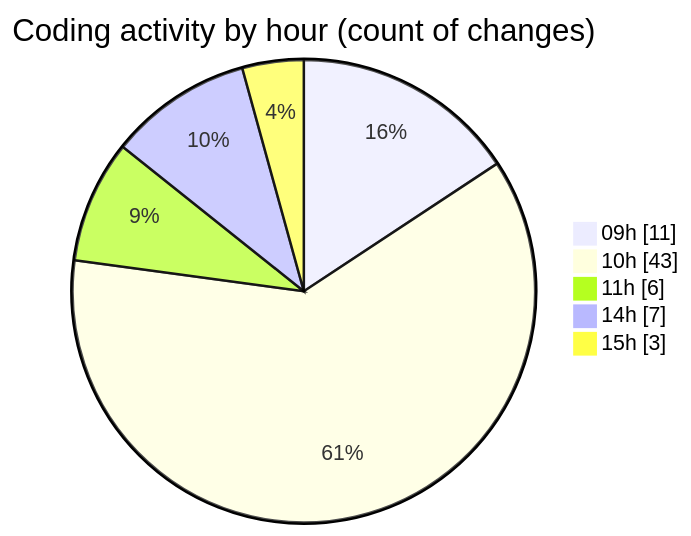
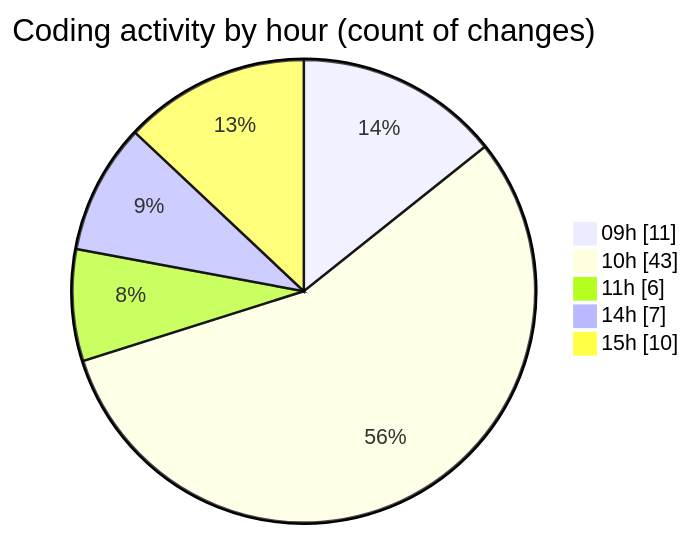
The second of 2 diagrams in 2025-05-27/ecodeli-1/README.md (CELIANVF/code-tracking), drawn with Mermaid before and after one commit. The commit also changed other lines of this file and 1 other file, not shown here.

````diff
--- a/2025-05-27/ecodeli-1/README.md
+++ b/2025-05-27/ecodeli-1/README.md
@@ -50,9 +53,9 @@
 ```mermaid
 pie showData
 title Coding activity by hour (count of changes)
 "09h" : 11
 "10h" : 43
 "11h" : 6
 "14h" : 7
-"15h" : 3
+"15h" : 10
 ```
````
